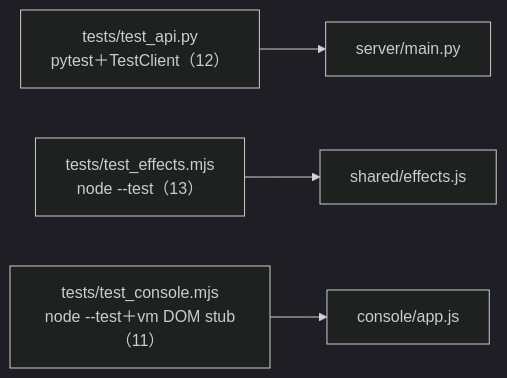
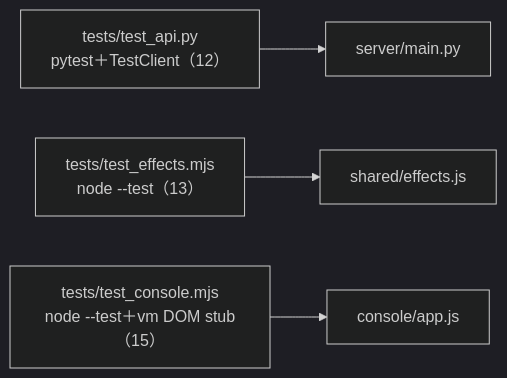
Before and after one commit to zivngit/Real-time-Interaction-html: the sixth of 6 diagrams in docs/agents/CALL_GRAPH.md, drawn with Mermaid (dark theme). The commit also changed other lines of this file and 4 other files, not shown here.

````diff
--- a/docs/agents/CALL_GRAPH.md
+++ b/docs/agents/CALL_GRAPH.md
@@ -163,6 +175,6 @@
 ```mermaid
 flowchart LR
     TA["tests/test_api.py<br/>pytest＋TestClient（12）"] --> M["server/main.py"]
     TE["tests/test_effects.mjs<br/>node --test（13）"] --> S["shared/effects.js"]
-    TC["tests/test_console.mjs<br/>node --test＋vm DOM stub（11）"] --> K["console/app.js"]
+    TC["tests/test_console.mjs<br/>node --test＋vm DOM stub（15）"] --> K["console/app.js"]
 ```
````
